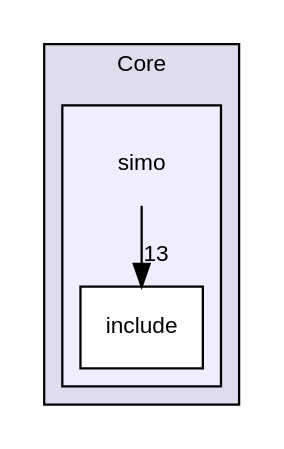
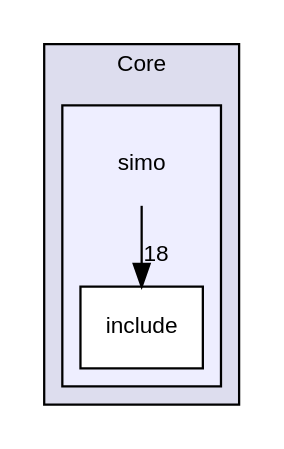
The diagram in docs/dir_1ffac0d2630f4824660dea6691be9d7f_dep.dot (Germanvelardez2018/SIMO-STM32-framework), drawn with Graphviz before and after one commit. The commit also changed 166 other files, not shown here.

```diff
--- a/docs/dir_1ffac0d2630f4824660dea6691be9d7f_dep.dot
+++ b/docs/dir_1ffac0d2630f4824660dea6691be9d7f_dep.dot
@@ -1,14 +1,14 @@
 digraph "Core/simo" {
   compound=true
   node [ fontsize="10", fontname="Helvetica"];
   edge [ labelfontsize="10", labelfontname="Helvetica"];
   subgraph clusterdir_c6310732a22f63c0c2fc5595561e68f1 {
     graph [ bgcolor="#ddddee", pencolor="black", label="Core" fontname="Helvetica", fontsize="10", URL="dir_c6310732a22f63c0c2fc5595561e68f1.html"]
   subgraph clusterdir_1ffac0d2630f4824660dea6691be9d7f {
     graph [ bgcolor="#eeeeff", pencolor="black", label="" URL="dir_1ffac0d2630f4824660dea6691be9d7f.html"];
     dir_1ffac0d2630f4824660dea6691be9d7f [shape=plaintext label="simo"];
     dir_51ae6caf7e11bae481ee121923f41a47 [shape=box label="include" color="black" fillcolor="white" style="filled" URL="dir_51ae6caf7e11bae481ee121923f41a47.html"];
   }
   }
-  dir_1ffac0d2630f4824660dea6691be9d7f->dir_51ae6caf7e11bae481ee121923f41a47 [headlabel="13", labeldistance=1.5 headhref="dir_000001_000002.html"];
+  dir_1ffac0d2630f4824660dea6691be9d7f->dir_51ae6caf7e11bae481ee121923f41a47 [headlabel="18", labeldistance=1.5 headhref="dir_000001_000002.html"];
 }
```
